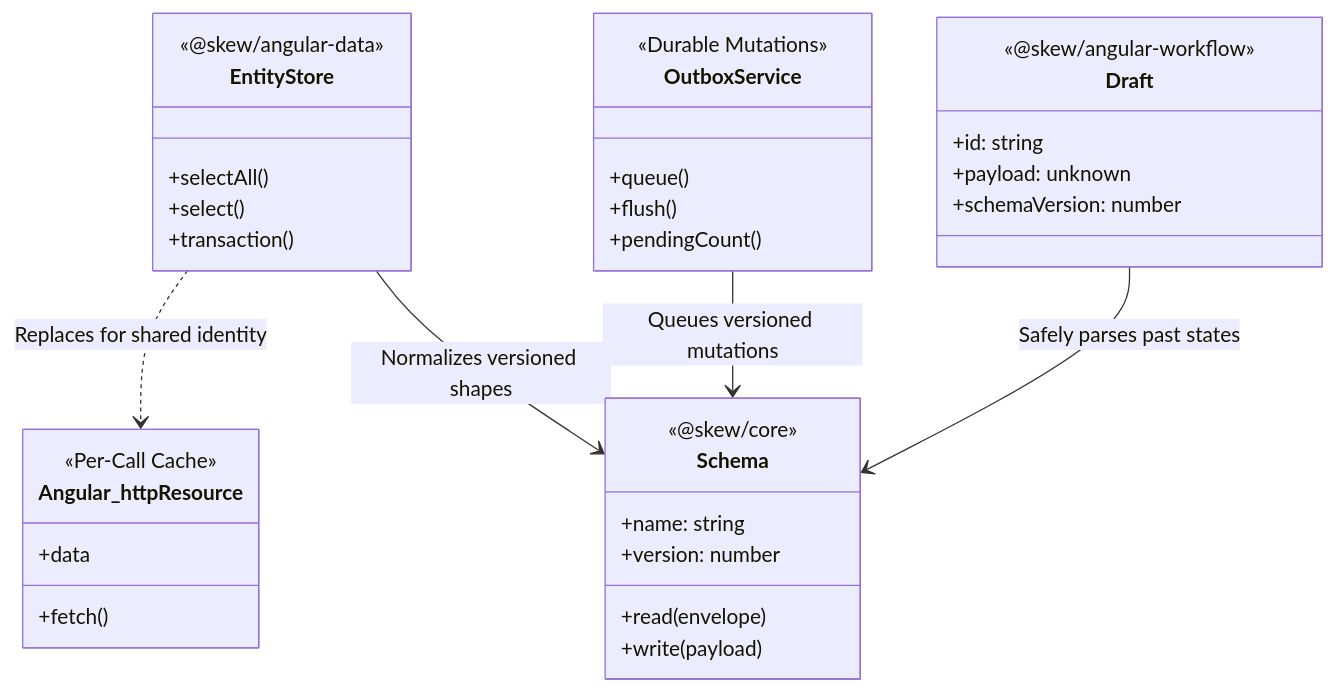
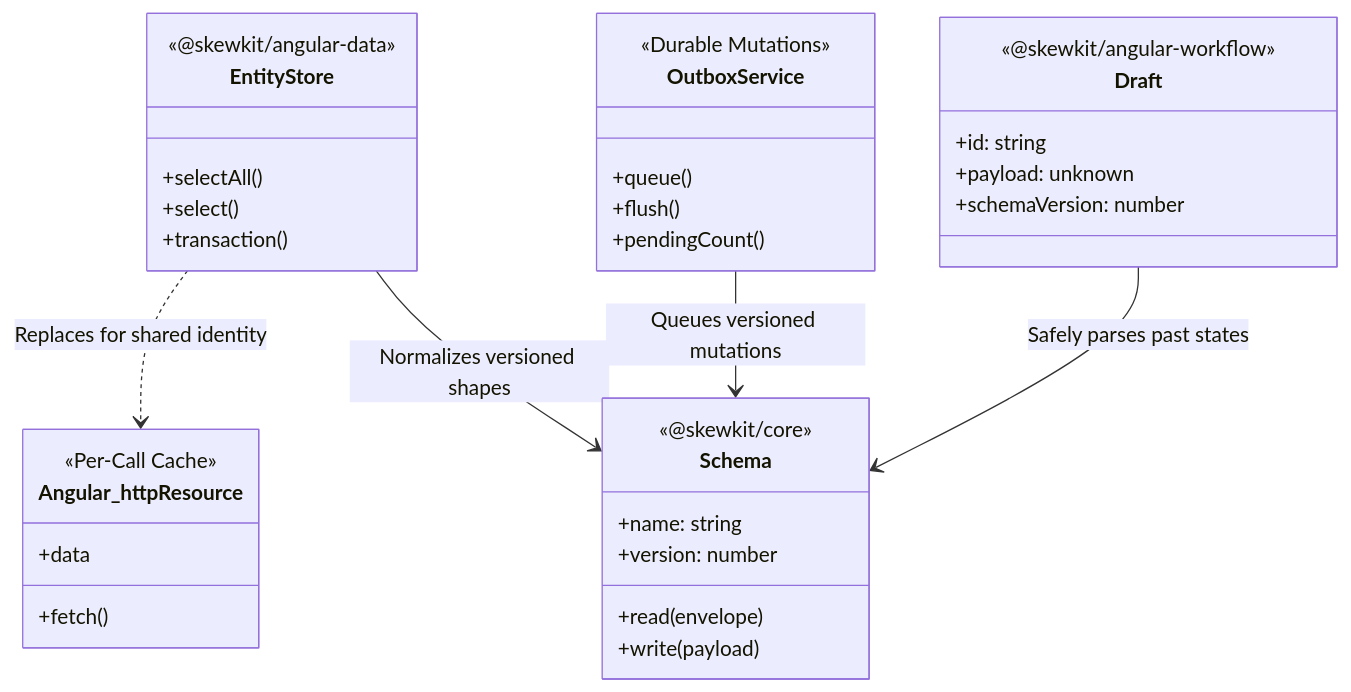
The third of 3 diagrams in docs/architecture.md (Jefftopia/skew), drawn with Mermaid before and after one commit. The commit also changed other lines of this file and 127 other files, not shown here.

````diff
--- a/docs/architecture.md
+++ b/docs/architecture.md
@@ -71,42 +71,42 @@
 ```mermaid
 classDiagram
     class Angular_httpResource {
         <<Per-Call Cache>>
         +fetch()
         +data
     }
     
     class EntityStore {
-        <<@skew/angular-data>>
+        <<@skewkit/angular-data>>
         +selectAll()
         +select()
         +transaction()
     }
     
     class OutboxService {
         <<Durable Mutations>>
         +queue()
         +flush()
         +pendingCount()
     }
 
     class Schema {
-        <<@skew/core>>
+        <<@skewkit/core>>
         +name: string
         +version: number
         +read(envelope)
         +write(payload)
     }
     
     class Draft {
-        <<@skew/angular-workflow>>
+        <<@skewkit/angular-workflow>>
         +id: string
         +payload: unknown
         +schemaVersion: number
     }
     
     EntityStore ..> Angular_httpResource : Replaces for shared identity
     EntityStore --> Schema : Normalizes versioned shapes
     OutboxService --> Schema : Queues versioned mutations
     Draft --> Schema : Safely parses past states
 ```
````
